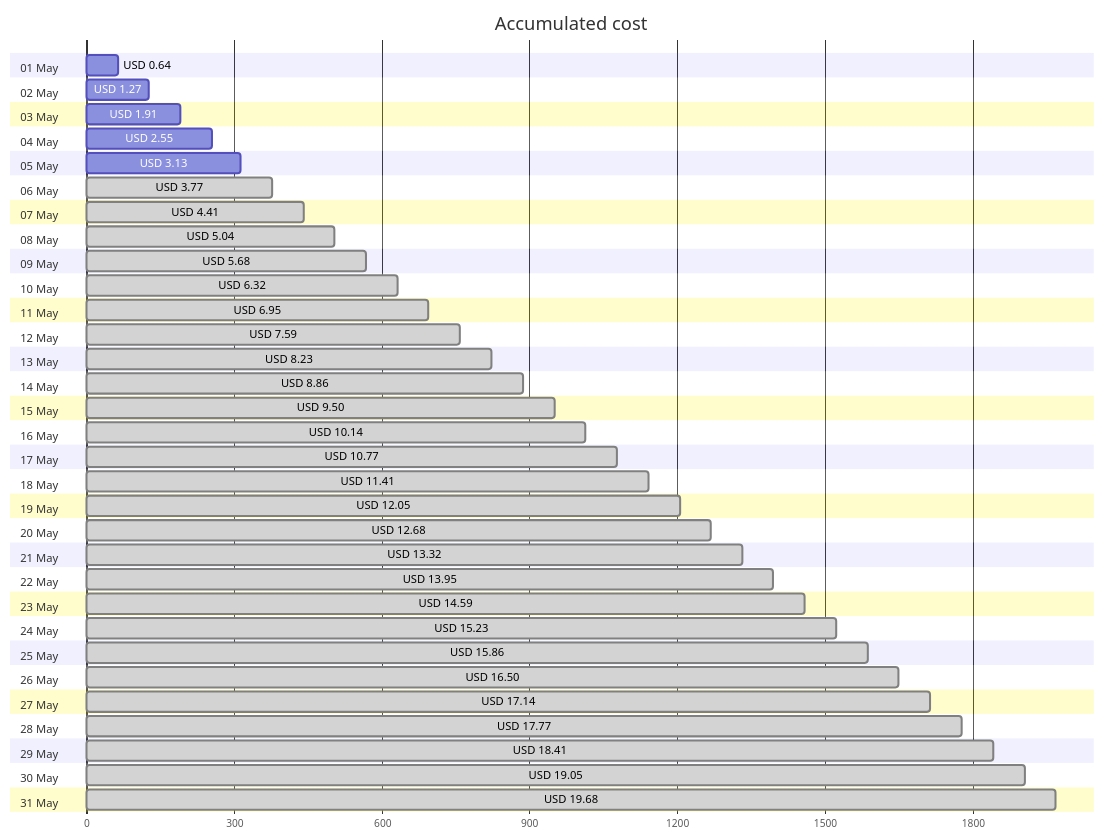
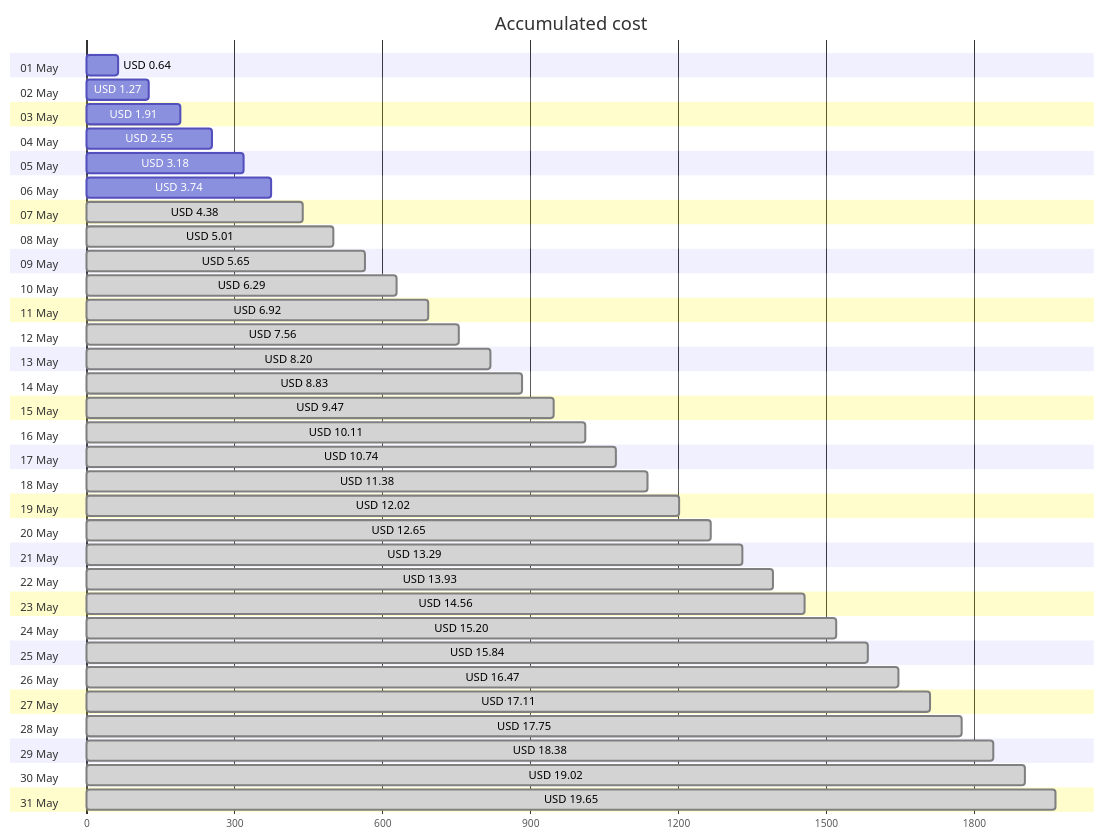
Before and after one commit to jpfulton/azure-personal-reports: the first of 4 diagrams in cost-reports/accumulated-cost.md, drawn with Mermaid. The commit also changed other lines of this file and 4 other files, not shown here.

````diff
--- a/cost-reports/accumulated-cost.md
+++ b/cost-reports/accumulated-cost.md
@@ -20,68 +20,68 @@
 ```mermaid
 gantt
    title Accumulated cost
    dateFormat  X
    axisFormat %s
    section 01 May
    USD 0.64 :0, 64
    section 02 May
    USD 1.27 :0, 127
    section 03 May
    USD 1.91 :0, 191
    section 04 May
    USD 2.55 :0, 255
    section 05 May
-   USD 3.13 :0, 313
+   USD 3.18 :0, 318
    section 06 May
-   USD 3.77 : done, 0, 377
+   USD 3.74 :0, 374
    section 07 May
-   USD 4.41 : done, 0, 441
+   USD 4.38 : done, 0, 438
    section 08 May
-   USD 5.04 : done, 0, 504
+   USD 5.01 : done, 0, 501
    section 09 May
-   USD 5.68 : done, 0, 568
+   USD 5.65 : done, 0, 565
    section 10 May
-   USD 6.32 : done, 0, 632
+   USD 6.29 : done, 0, 629
    section 11 May
-   USD 6.95 : done, 0, 695
+   USD 6.92 : done, 0, 692
    section 12 May
-   USD 7.59 : done, 0, 759
+   USD 7.56 : done, 0, 756
    section 13 May
-   USD 8.23 : done, 0, 823
+   USD 8.20 : done, 0, 820
    section 14 May
-   USD 8.86 : done, 0, 886
+   USD 8.83 : done, 0, 883
    section 15 May
-   USD 9.50 : done, 0, 950
+   USD 9.47 : done, 0, 947
    section 16 May
-   USD 10.14 : done, 0, 1014
+   USD 10.11 : done, 0, 1011
    section 17 May
-   USD 10.77 : done, 0, 1077
+   USD 10.74 : done, 0, 1074
    section 18 May
-   USD 11.41 : done, 0, 1141
+   USD 11.38 : done, 0, 1138
    section 19 May
-   USD 12.05 : done, 0, 1205
+   USD 12.02 : done, 0, 1202
    section 20 May
-   USD 12.68 : done, 0, 1268
+   USD 12.65 : done, 0, 1265
    section 21 May
-   USD 13.32 : done, 0, 1332
+   USD 13.29 : done, 0, 1329
    section 22 May
-   USD 13.95 : done, 0, 1395
+   USD 13.93 : done, 0, 1393
    section 23 May
-   USD 14.59 : done, 0, 1459
+   USD 14.56 : done, 0, 1456
    section 24 May
-   USD 15.23 : done, 0, 1523
+   USD 15.20 : done, 0, 1520
    section 25 May
-   USD 15.86 : done, 0, 1586
+   USD 15.84 : done, 0, 1584
    section 26 May
-   USD 16.50 : done, 0, 1650
+   USD 16.47 : done, 0, 1647
    section 27 May
-   USD 17.14 : done, 0, 1714
+   USD 17.11 : done, 0, 1711
    section 28 May
-   USD 17.77 : done, 0, 1777
+   USD 17.75 : done, 0, 1775
    section 29 May
-   USD 18.41 : done, 0, 1841
+   USD 18.38 : done, 0, 1838
    section 30 May
-   USD 19.05 : done, 0, 1905
+   USD 19.02 : done, 0, 1902
    section 31 May
-   USD 19.68 : done, 0, 1968
+   USD 19.65 : done, 0, 1965
 ```
````
